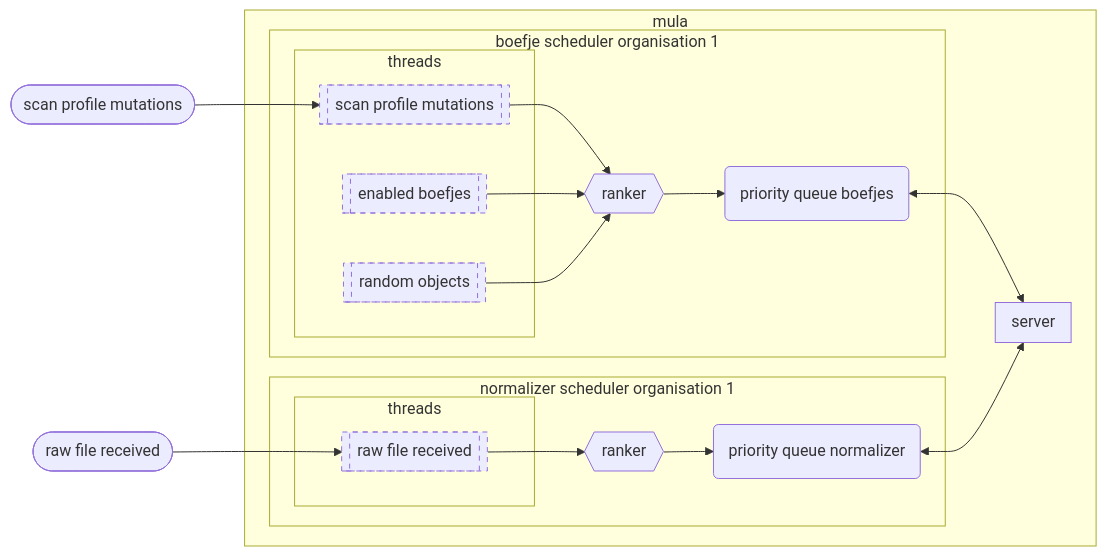
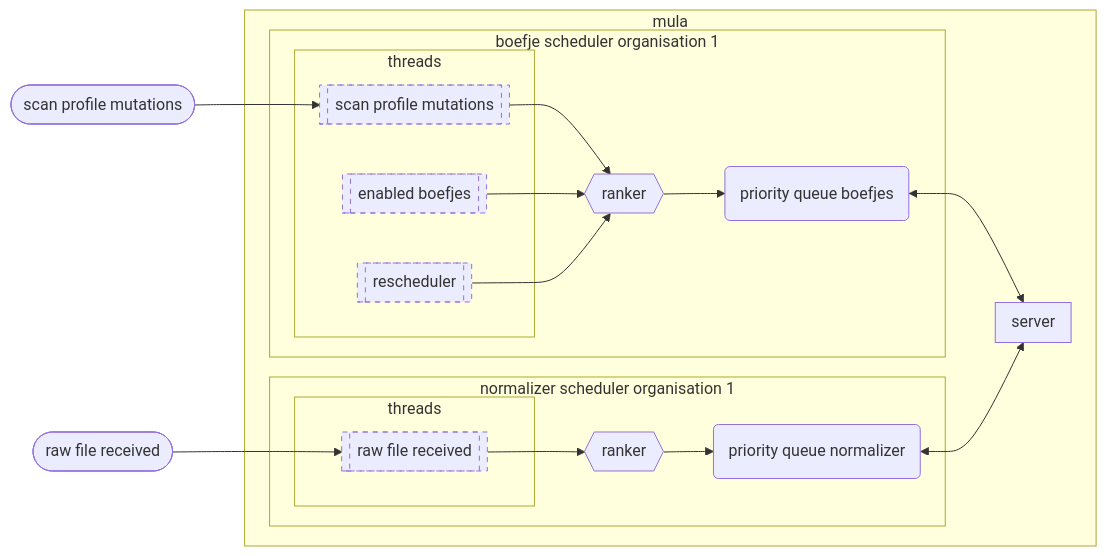
Before and after one commit to minvws/nl-kat-coordination: the sixth of 12 diagrams in mula/docs/architecture.md, drawn with Mermaid. The commit also changed other lines of this file, not shown here.

````diff
--- a/mula/docs/architecture.md
+++ b/mula/docs/architecture.md
@@ -194,54 +236,54 @@
 ```mermaid
 flowchart LR
   rmq_scan_profile([scan profile mutations])
   rmq_raw_file([raw file received])
 
   subgraph mula
     subgraph boefje scheduler organisation 1
 
       pq_boefjes(priority queue boefjes)
 
       subgraph threads_boefje["threads"]
         thread_scan_profile[[scan profile mutations]]
         thread_enabled_boefjes[[enabled boefjes]]
-        thread_random_objects[[random objects]]
+        thread_reschedule[[rescheduler]]
       end
 
       ranker_boefje{{ranker}}
 
     end
 
     thread_scan_profile-->ranker_boefje
     thread_enabled_boefjes-->ranker_boefje
-    thread_random_objects-->ranker_boefje
+    thread_reschedule-->ranker_boefje
     ranker_boefje-->pq_boefjes
 
     subgraph normalizer scheduler organisation 1
 
       pq_normalizer(priority queue normalizer)
 
       subgraph threads_normalizer["threads"]
         thread_raw_file_received[[raw file received]]
       end
 
       ranker_normalizer{{ranker}}
     end
 
     thread_raw_file_received-->ranker_normalizer
     ranker_normalizer-->pq_normalizer
 
     subgraph server
     end
 
     pq_boefjes<-->server
     pq_normalizer<-->server
   end
 
   rmq_scan_profile-->thread_scan_profile
   rmq_raw_file-->thread_raw_file_received
 
 style thread_scan_profile stroke-dasharray: 5 5
 style thread_enabled_boefjes stroke-dasharray: 5 5
-style thread_random_objects stroke-dasharray: 5 5
+style thread_reschedule stroke-dasharray: 5 5
 style thread_raw_file_received stroke-dasharray: 5 5
 ```
````
